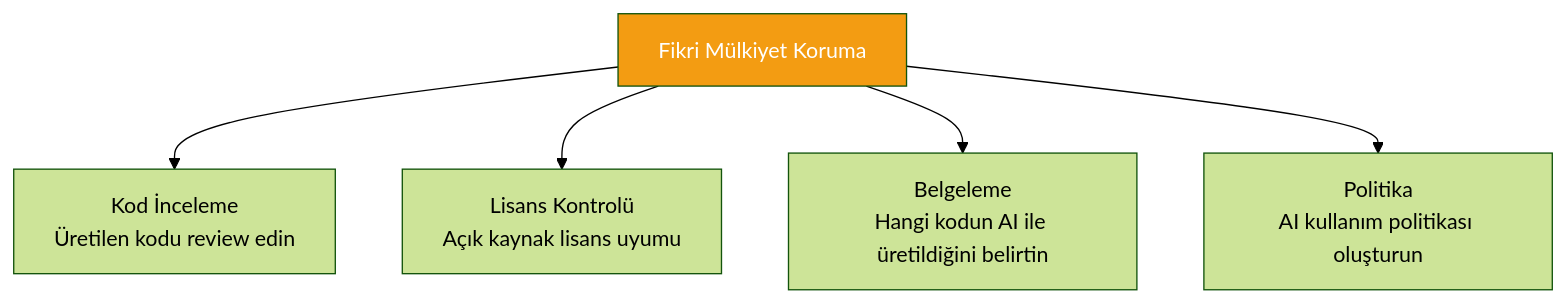
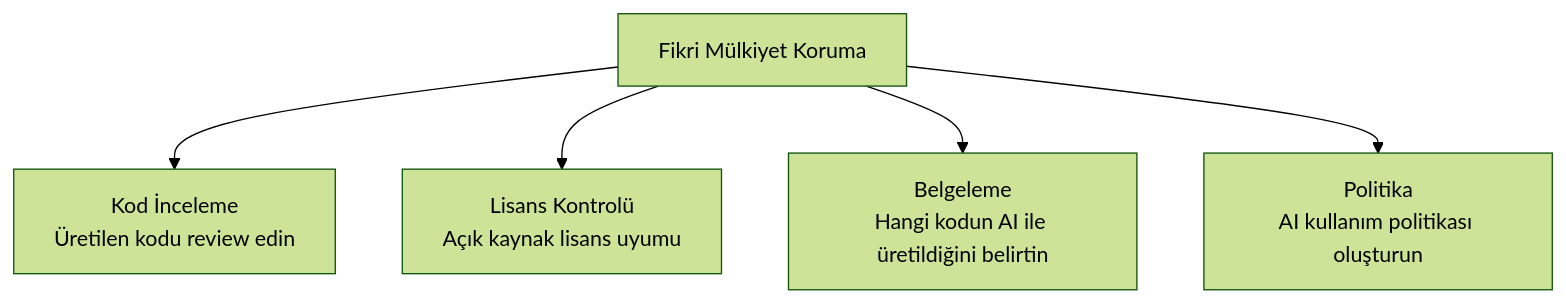
One commit to IzzetYasinAtes/ClaudeCodeHandbook changed the seventh of 8 diagrams in 18-kurumsal-kullanim/09-yasal-uyumluluk.md. Above: the diagram before and after it, drawn with Mermaid (forest theme). The commit also changed other lines of this file and 97 other files, not shown here.

Commit message:
Remove all custom Mermaid style/fill colors from 98 markdown files for consistent dark theme rendering

````diff
--- a/18-kurumsal-kullanim/09-yasal-uyumluluk.md
+++ b/18-kurumsal-kullanim/09-yasal-uyumluluk.md
@@ -222,9 +204,8 @@
 ```mermaid
 flowchart TD
     IP_PROTECT["Fikri Mülkiyet Koruma"] --> REVIEW["Kod İnceleme<br/>Üretilen kodu review edin"]
     IP_PROTECT --> LICENSE["Lisans Kontrolü<br/>Açık kaynak lisans uyumu"]
     IP_PROTECT --> DOCUMENT["Belgeleme<br/>Hangi kodun AI ile üretildiğini belirtin"]
     IP_PROTECT --> POLICY["Politika<br/>AI kullanım politikası oluşturun"]
 
-    style IP_PROTECT fill:#F39C12,color:#fff
 ```
````
